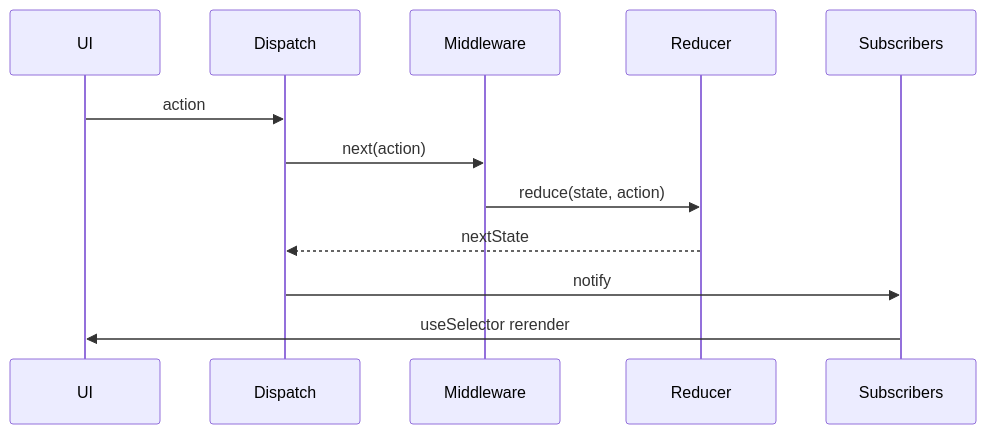
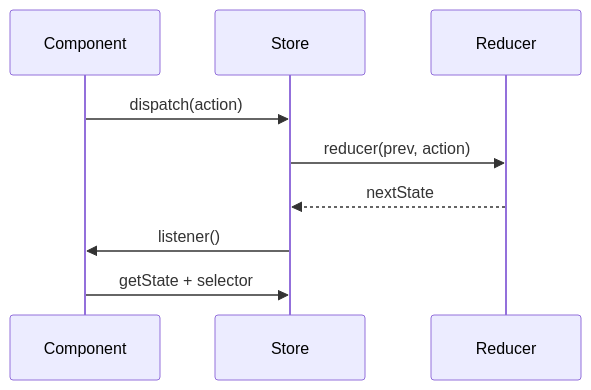
One commit to prajjwaljogdand/FullstackPreparation changed the second of 2 diagrams in docs/machine-coding/02-redux.md. Above: the diagram before and after it, drawn with Mermaid. The commit also changed other lines of this file and 91 other files, not shown here.

````diff
--- a/docs/machine-coding/02-redux.md
+++ b/docs/machine-coding/02-redux.md
@@ -15,14 +37,11 @@
 ```mermaid
 sequenceDiagram
-  participant UI
-  participant Dispatch
-  participant MW as Middleware
-  participant Reducer
-  participant Subs as Subscribers
-  UI->>Dispatch: action
-  Dispatch->>MW: next(action)
-  MW->>Reducer: reduce(state, action)
-  Reducer-->>Dispatch: nextState
-  Dispatch->>Subs: notify
-  Subs->>UI: useSelector rerender
+  participant C as Component
+  participant S as Store
+  participant R as Reducer
+  C->>S: dispatch(action)
+  S->>R: reducer(prev, action)
+  R-->>S: nextState
+  S->>C: listener()
+  C->>S: getState + selector
 ```
````
